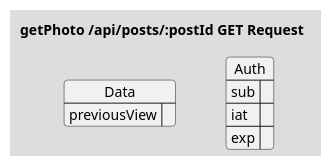
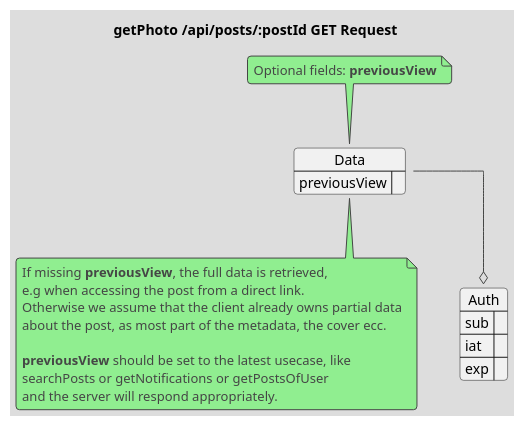
One commit to crah-app/diagrams changed the first of 2 diagrams in api/src/Posts/:postId/GET/getPhoto.puml. Above: the diagram before and after it, drawn with PlantUML. The commit also changed other lines of this file and 16 other files, not shown here.

```diff
--- a/api/src/Posts/:postId/GET/getPhoto.puml
+++ b/api/src/Posts/:postId/GET/getPhoto.puml
@@ -1,21 +1,40 @@
 @startuml getPhoto-Request
 !theme toy
+skinparam linetype ortho
 title "getPhoto /api/posts/:postId GET Request"
+
 json Data {
     ' Optional
     ' If missing, the full data is retrieved, e.g when accessing the post from a direct link
     ' Othervise we assume that the client already owns partial data
     ' about the post, as most part of the metadata, the cover ecc.
     ' 
     ' previousView should be set to the latest usecase, like
     ' `searchPosts` or `getNotifications` or `getPostsOfUser`
     ' and the server will respond appropriately.
     "previousView": ""
 }
 
+note top of Data 
+    Optional fields: **previousView**
+end note
+
+note bottom of Data 
+    If missing **previousView**, the full data is retrieved,
+    e.g when accessing the post from a direct link.
+    Otherwise we assume that the client already owns partial data
+    about the post, as most part of the metadata, the cover ecc.
+
+    **previousView** should be set to the latest usecase, like
+    searchPosts or getNotifications or getPostsOfUser
+    and the server will respond appropriately.
+end note
+
 json Auth {
     "sub": "",
     "iat": "",
     "exp": ""
 }
+
+Data --o Auth
 @enduml
```
